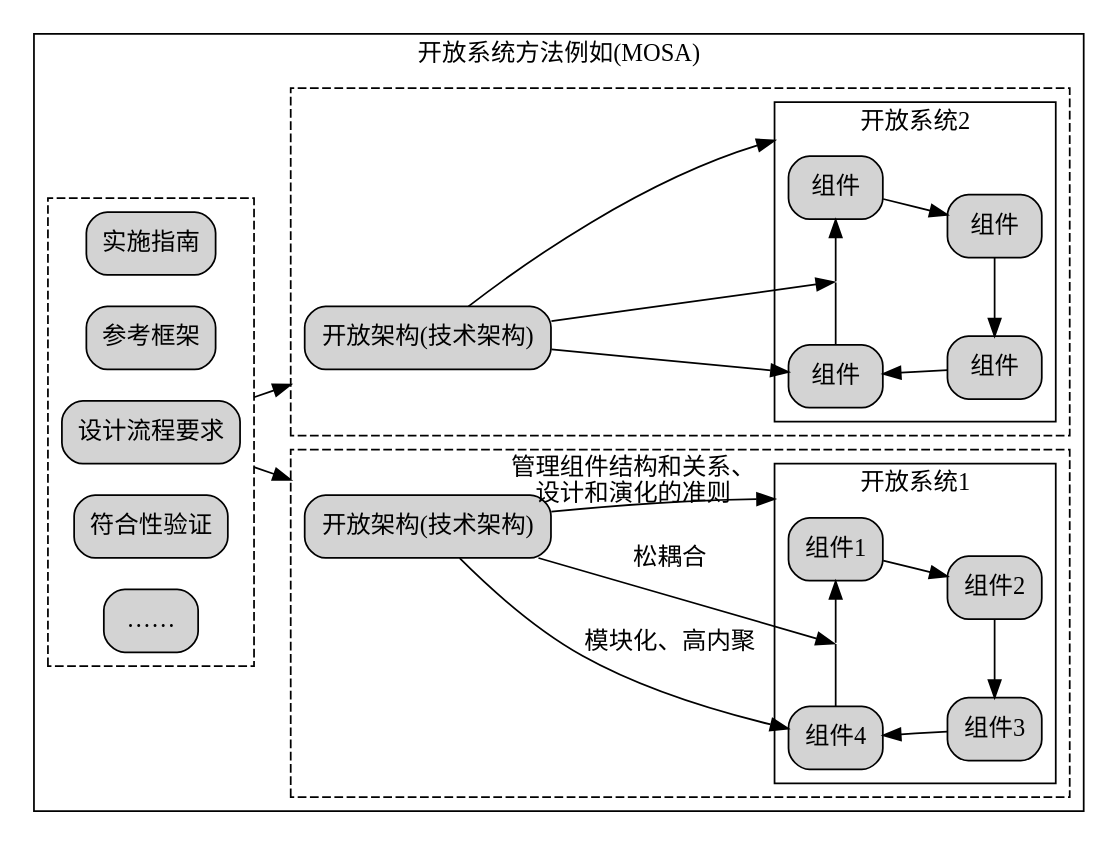
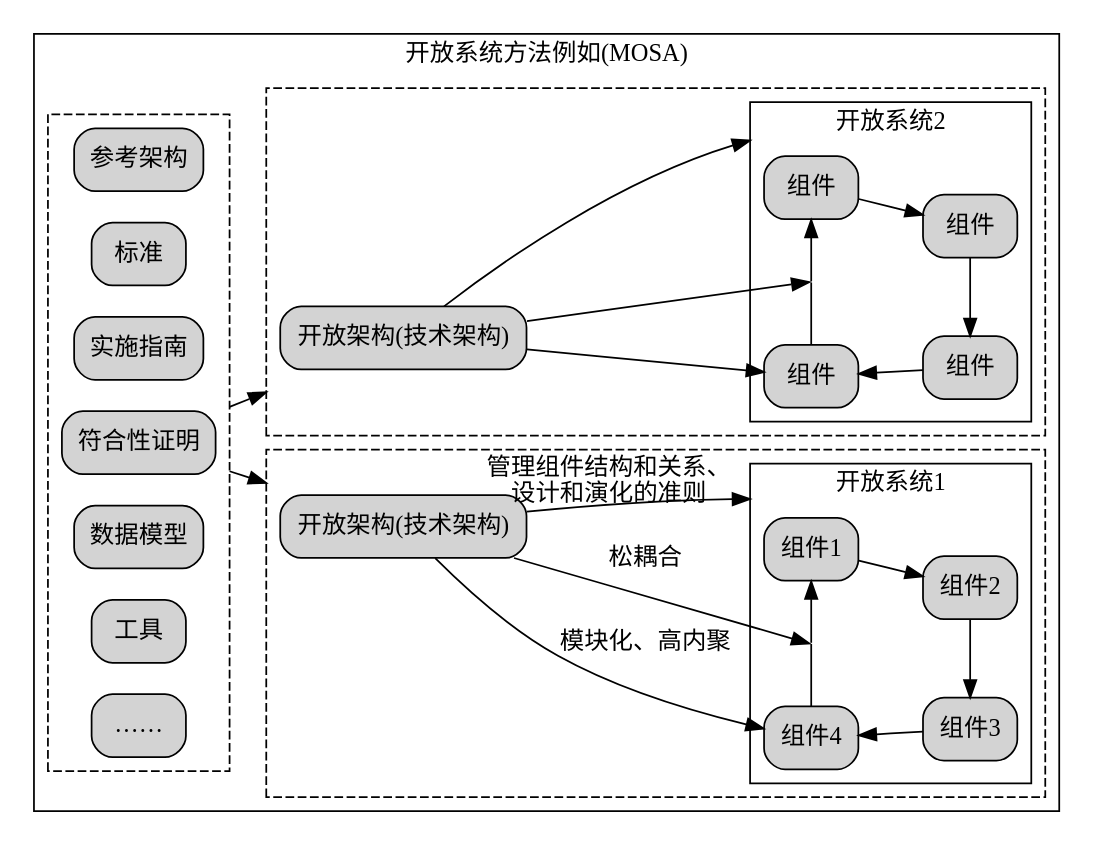
One commit to chaozhang2000/soa changed the diagram in parts/definition1.dot. Above: the diagram before and after it, drawn with Graphviz. The commit also changed 1 other file, not shown here.

```diff
--- a/parts/definition1.dot
+++ b/parts/definition1.dot
@@ -1,81 +1,83 @@
 digraph G {
   graph [rankdir=LR,compound=true];
   node [shape=box, style="rounded,filled"];
 
 subgraph cluster_MOSA{
   label="开放系统方法例如(MOSA)"
 	subgraph cluster_MOSAduyou{
 	label=""
 	style=dashed;
-	shishizhidao[label="实施指南\n"]
-	cankaokuangjia[label="参考框架\n"]
-	shejiliucheng[label="设计流程要求\n"]
-	fuhexingyanzheng[label="符合性验证\n"]
-	shenluehao[label="……\n"]
+	cankaojiagou[label="参考架构"]
+	standards[label="标准"]
+	shishizhinan[label="实施指南"]
+	fuhexingyanzheng[label="符合性证明"]
+	shujumoxing[label="数据模型"]
+	tool[label="工具"]
+	shenglue[label="……"]
 }
   subgraph cluster1{
     label="";
 	style = dashed;
     
     subgraph cluster_system1{
       label="开放系统1"
 	style=solid
       node1[label="组件1"]
       node2[label="组件2"] 
       node3[label="组件3"]
       node4[label="组件4"]
       
       // 创建不可见节点
       invis_node1 [shape=point, width=0, height=0, label=""]
       invis_node_system1 [shape=point, width=0, height=0, label=""]
       
       // 重新连接节点，在node1和node2之间插入不可见节点
       node1 -> node2
       node2 -> node3
       node3 -> node4
       node4 -> invis_node1 [dir=none]  // dir=none 表示没有箭头
       invis_node1 -> node1
       
       {rank=same;node1;node4;invis_node1}
       {rank=same;node2;node3;invis_node_system1}
     }
   TA1[label="开放架构(技术架构)"]
   TA1->node4[label="模块化、高内聚"]
   TA1->invis_node1[label="松耦合"]
   TA1->invis_node_system1[labeldistance=5,labelangle=15,taillabel="管理组件结构和关系、\n设计和演化的准则",lhead="cluster_system1"]
 }
   subgraph cluster2{
     label="";
 	style = dashed;
     
     subgraph cluster_system2{
       label="开放系统2"
 	style=solid
       node5[label="组件"]
       node6[label="组件"] 
       node7[label="组件"]
       node8[label="组件"]
       
       // 创建不可见节点
       invis_node2 [shape=point, width=0, height=0, label=""]
       invis_node_system2 [shape=point, width=0, height=0, label=""]
       
       // 重新连接节点，在node5和node6之间插入不可见节点
       node5 -> node6
       node6 -> node7
       node7 -> node8
       node8 -> invis_node2 [dir=none]  // dir=none 表示没有箭头
       invis_node2 -> node5
       
       {rank=same;node5;node8;invis_node2}
       {rank=same;node6;node7;invis_node_system2}
     }
   TA2[label="开放架构(技术架构)"]
   TA2->node8
   TA2->invis_node2
   TA2->invis_node_system2[lhead="cluster_system2"]
   }
 }
-	shejiliucheng->TA2[lhead="cluster2",ltail="cluster_MOSAduyou"]
-	shejiliucheng->TA1[lhead="cluster1",ltail="cluster_MOSAduyou"]
+	fuhexingyanzheng->TA2[lhead="cluster2",ltail="cluster_MOSAduyou"]
+	fuhexingyanzheng->TA1[lhead="cluster1",ltail="cluster_MOSAduyou"]
 }
```
